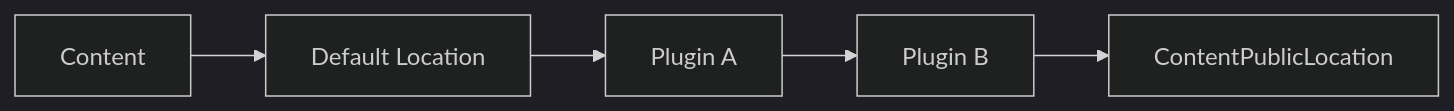
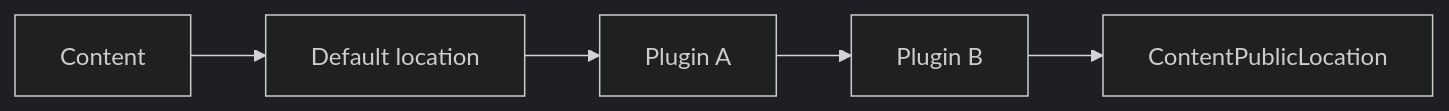
The fifth of 13 diagrams in docs/docs/reference/plugin-api.md (Rerurate514/riebeckite), drawn with Mermaid (dark theme) before and after one commit. The commit also changed other lines of this file and 604 other files, not shown here.

````diff
--- a/docs/docs/reference/plugin-api.md
+++ b/docs/docs/reference/plugin-api.md
@@ -390,13 +305,13 @@
 ```mermaid
 flowchart LR
     Content["Content"]
-    Default["Default Location"]
+    Default["Default location"]
     P1["Plugin A"]
     P2["Plugin B"]
     Result["ContentPublicLocation"]
 
     Content --> Default
     Default --> P1
     P1 --> P2
     P2 --> Result
 ```
````
